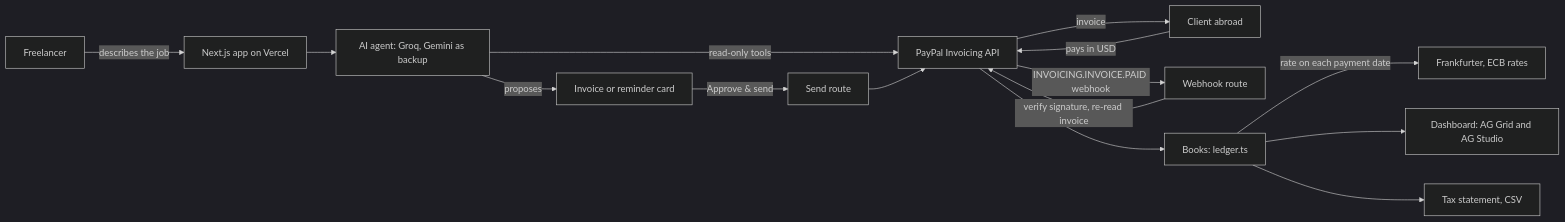
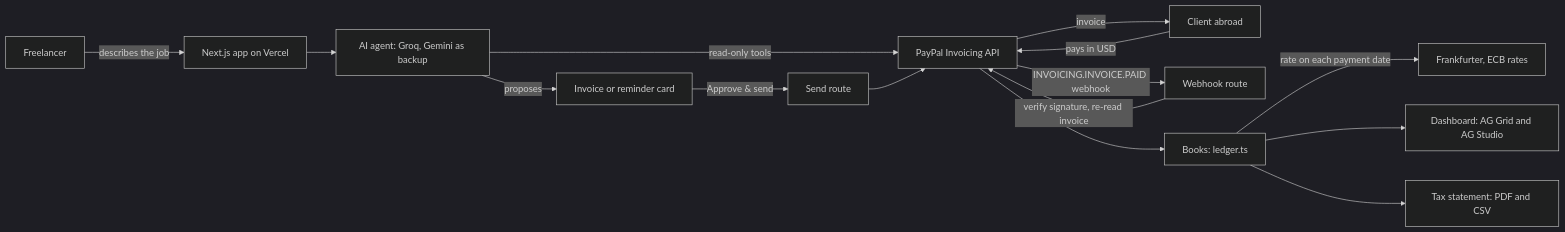
One commit to lindani11/crossbill-agent changed the diagram in README.md. Above: the diagram before and after it, drawn with Mermaid (dark theme). The commit also changed other lines of this file and 28 other files, not shown here.

````diff
--- a/README.md
+++ b/README.md
@@ -58,16 +58,16 @@
 ```mermaid
 flowchart LR
   F[Freelancer] -->|describes the job| A[Next.js app on Vercel]
   A --> G[AI agent: Groq, Gemini as backup]
   G -->|read-only tools| P[PayPal Invoicing API]
   G -->|proposes| C[Invoice or reminder card]
   C -->|Approve & send| S[Send route] --> P
   P -->|invoice| K[Client abroad]
   K -->|pays in USD| P
   P -->|INVOICING.INVOICE.PAID webhook| W[Webhook route]
   W -->|verify signature, re-read invoice| P
   P --> L[Books: ledger.ts]
   L -->|rate on each payment date| X[Frankfurter, ECB rates]
   L --> D[Dashboard: AG Grid and AG Studio]
-  L --> T[Tax statement, CSV]
+  L --> T[Tax statement: PDF and CSV]
 ```
````
